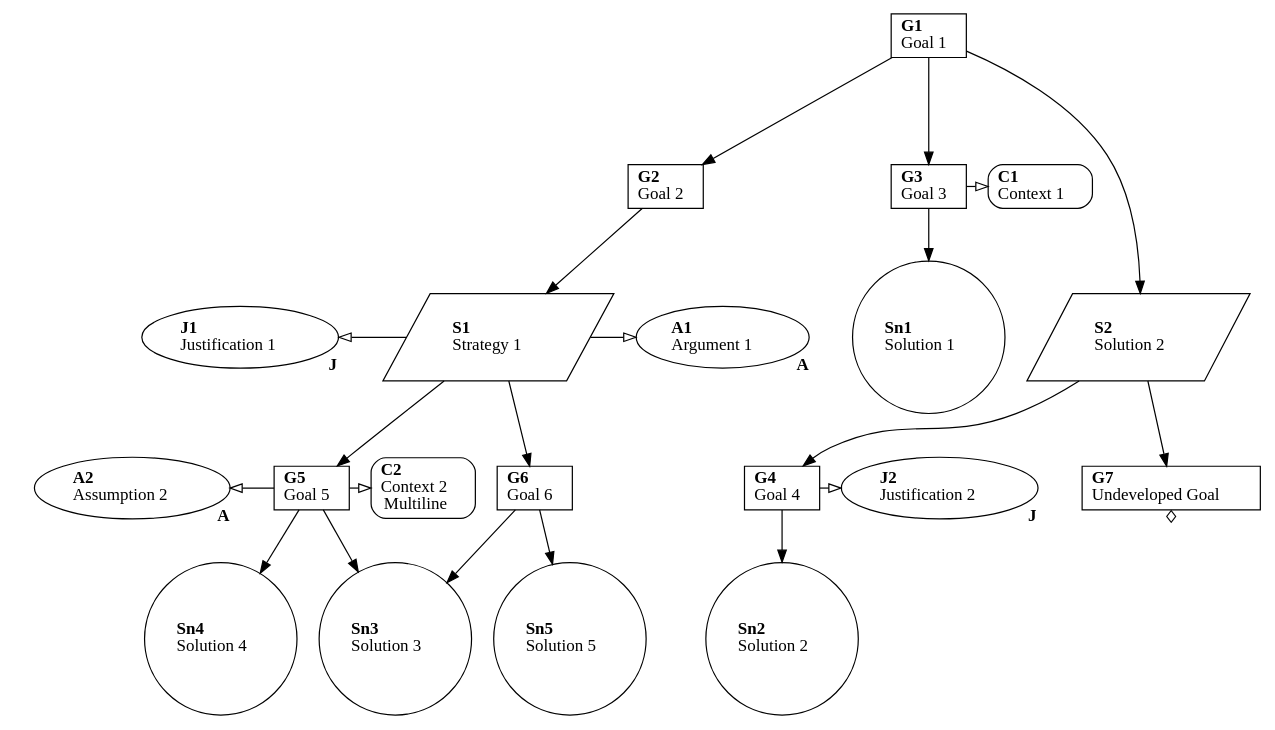
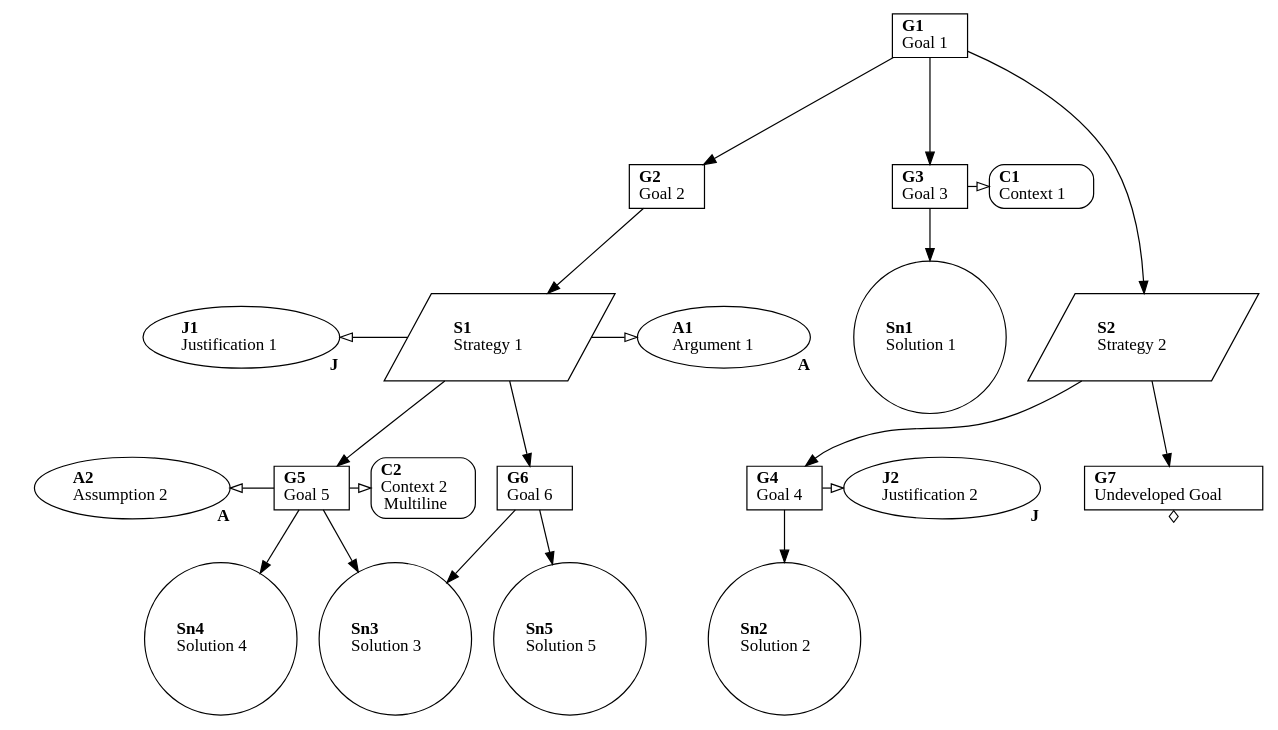
One commit to jonasthewolf/gsn2x changed the diagram in example.gsn.dot. Above: the diagram before and after it, drawn with Graphviz. The commit also changed 2 other files, not shown here.

```diff
--- a/example.gsn.dot
+++ b/example.gsn.dot
@@ -1,81 +1,81 @@
 digraph "example.gsn.yaml" {
-  graph [class="gsndiagram", ranksep="equally"]
+  graph [class="gsndiagram", ranksep="equally", newrank="true"]
 
   ## Elements
   "A1" [id="gsn_a1", shape="oval", class="gsnelem gsnasmp", label=<<B>A1</B><BR align="left"/>Argument 1>];
   "A1":e -> "A1":e [headlabel=< <B>A</B> >, labeldistance=2.5, penwidth=0, arrowhead=none];
   "A2" [id="gsn_a2", shape="oval", class="gsnelem gsnasmp mycssclass anotherclass", label=<<B>A2</B><BR align="left"/>Assumption 2>];
   "A2":e -> "A2":e [headlabel=< <B>A</B> >, labeldistance=2.5, penwidth=0, arrowhead=none];
   "C1" [id="gsn_c1", shape="box", class="gsnelem gsnctxt", style="rounded", label=<<B>C1</B><BR align="left"/>Context 1>];
   "C2" [id="gsn_c2", shape="box", class="gsnelem gsnctxt", style="rounded", label=<<B>C2</B><BR align="left"/>Context 2<BR align="left"/>Multiline>];
   "G1" [id="gsn_g1", shape="box", class="gsnelem gsngoal", label=<<B>G1</B><BR align="left"/>Goal 1>];
   "G2" [id="gsn_g2", shape="box", class="gsnelem gsngoal", label=<<B>G2</B><BR align="left"/>Goal 2>];
   "G3" [id="gsn_g3", shape="box", class="gsnelem gsngoal", label=<<B>G3</B><BR align="left"/>Goal 3>];
   "G4" [id="gsn_g4", shape="box", class="gsnelem gsngoal", label=<<B>G4</B><BR align="left"/>Goal 4>];
   "G5" [id="gsn_g5", shape="box", class="gsnelem gsngoal", label=<<B>G5</B><BR align="left"/>Goal 5>];
   "G6" [id="gsn_g6", shape="box", class="gsnelem gsngoal", label=<<B>G6</B><BR align="left"/>Goal 6>];
   "G7" [id="gsn_g7", shape="box", class="gsnelem gsngoal", label=<<B>G7</B><BR align="left"/>Undeveloped Goal>];
   "G7":s -> "G7":s [taillabel=<<br/><b>&#9826;</b>>,color=transparent,arrowhead=none,labeldistance=0.1]
   "J1" [id="gsn_j1", shape="oval", class="gsnelem gsnjust", label=<<B>J1</B><BR align="left"/>Justification 1>];
   "J1":e -> "J1":e [headlabel=< <B>J</B> >, labeldistance=2.5, penwidth=0, arrowhead=none];
   "J2" [id="gsn_j2", shape="oval", class="gsnelem gsnjust", label=<<B>J2</B><BR align="left"/>Justification 2>];
   "J2":e -> "J2":e [headlabel=< <B>J</B> >, labeldistance=2.5, penwidth=0, arrowhead=none];
   "S1" [id="gsn_s1", shape="parallelogram", class="gsnelem gsnstgy", label=<<B>S1</B><BR align="left"/>Strategy 1>];
-  "S2" [id="gsn_s2", shape="parallelogram", class="gsnelem gsnstgy", label=<<B>S2</B><BR align="left"/>Solution 2>];
+  "S2" [id="gsn_s2", shape="parallelogram", class="gsnelem gsnstgy", label=<<B>S2</B><BR align="left"/>Strategy 2>];
   "Sn1" [id="gsn_sn1", shape="circle", class="gsnelem gsnsltn", URL="https://github.com/jonasthewolf/gsn2x", label=<<B>Sn1</B><BR align="left"/>Solution 1>];
   "Sn2" [id="gsn_sn2", shape="circle", class="gsnelem gsnsltn", label=<<B>Sn2</B><BR align="left"/>Solution 2>];
   "Sn3" [id="gsn_sn3", shape="circle", class="gsnelem gsnsltn", label=<<B>Sn3</B><BR align="left"/>Solution 3>];
   "Sn4" [id="gsn_sn4", shape="circle", class="gsnelem gsnsltn", label=<<B>Sn4</B><BR align="left"/>Solution 4>];
   "Sn5" [id="gsn_sn5", shape="circle", class="gsnelem gsnsltn", label=<<B>Sn5</B><BR align="left"/>Solution 5>];
 
   ## Relations
   "G1" -> "G2" [class="gsnedge gsnspby"];
   "G1" -> "G3" [class="gsnedge gsnspby"];
   "G1" -> "S2" [class="gsnedge gsnspby"];
   "G2" -> "S1" [class="gsnedge gsnspby"];
   "G3" -> "Sn1" [class="gsnedge gsnspby"];
   subgraph cluster7 {
     graph[peripheries=0];
     {
       rank = same;
       "G3" -> "C1" [arrowhead=empty, class="gsnedge gsninctxt"];
     }
   }
   "G4" -> "Sn2" [class="gsnedge gsnspby"];
   subgraph cluster8 {
     graph[peripheries=0];
     {
       rank = same;
       "G4" -> "J2" [arrowhead=empty, class="gsnedge gsninctxt"];
     }
   }
   "G5" -> "Sn3" [class="gsnedge gsnspby"];
   "G5" -> "Sn4" [class="gsnedge gsnspby"];
   subgraph cluster9 {
     graph[peripheries=0];
     {
       rank = same;
       "G5" -> "C2" [arrowhead=empty, class="gsnedge gsninctxt"];
       "A2" -> "G5" [dir=back, arrowtail=empty, class="gsnedge gsninctxt"];
     }
   }
   "G6" -> "Sn3" [class="gsnedge gsnspby"];
   "G6" -> "Sn5" [class="gsnedge gsnspby"];
   "S1" -> "G5" [class="gsnedge gsnspby"];
   "S1" -> "G6" [class="gsnedge gsnspby"];
   subgraph cluster14 {
     graph[peripheries=0];
     {
       rank = same;
       "S1" -> "A1" [arrowhead=empty, class="gsnedge gsninctxt"];
       "J1" -> "S1" [dir=back, arrowtail=empty, class="gsnedge gsninctxt"];
     }
   }
   "S2" -> "G4" [class="gsnedge gsnspby"];
   "S2" -> "G7" [class="gsnedge gsnspby"];
 
   
   
   ## Ranks (Levels)
-  {rank=same; S2; Sn1;}
+  {rank=same; S1; A1; J1; S2;}
 }
```
